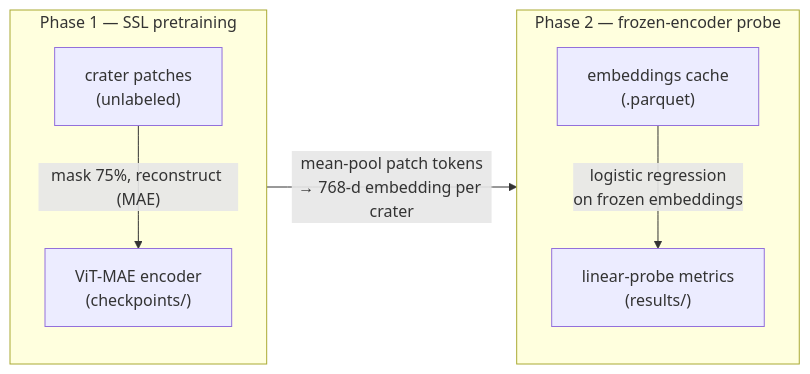
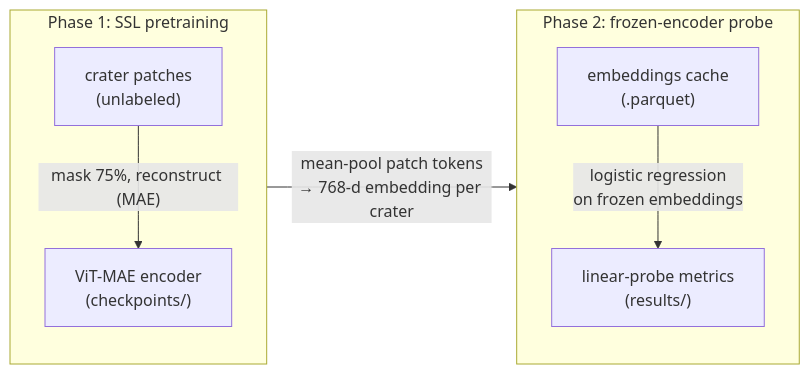
One commit to ClozeLine/MaCMAE changed the diagram in README.md. Above: the diagram before and after it, drawn with Mermaid. The commit also changed other lines of this file, not shown here.

````diff
--- a/README.md
+++ b/README.md
@@ -17,18 +17,18 @@
 ```mermaid
 flowchart LR
-    subgraph P1["Phase 1 — SSL pretraining"]
+    subgraph P1["Phase 1: SSL pretraining"]
         direction TB
         patches["crater patches<br/>(unlabeled)"]
         encoder["ViT-MAE encoder<br/>(checkpoints/)"]
         patches -- "mask 75%, reconstruct (MAE)" --> encoder
     end
 
-    subgraph P2["Phase 2 — frozen-encoder probe"]
+    subgraph P2["Phase 2: frozen-encoder probe"]
         direction TB
         cache["embeddings cache<br/>(.parquet)"]
         metrics["linear-probe metrics<br/>(results/)"]
         cache -- "logistic regression<br/>on frozen embeddings" --> metrics
     end
 
     encoder -- "mean-pool patch tokens<br/>→ 768-d embedding per crater" --> cache
 ```
````
